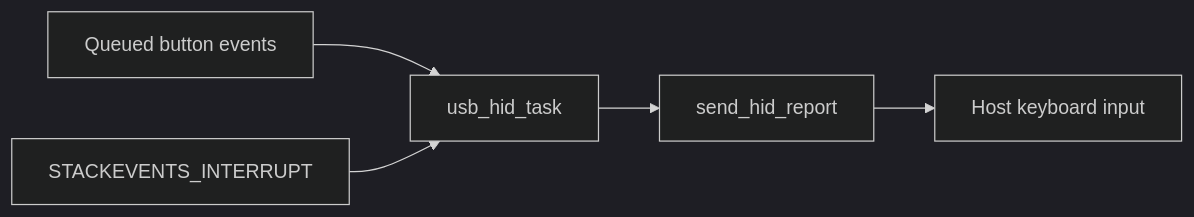
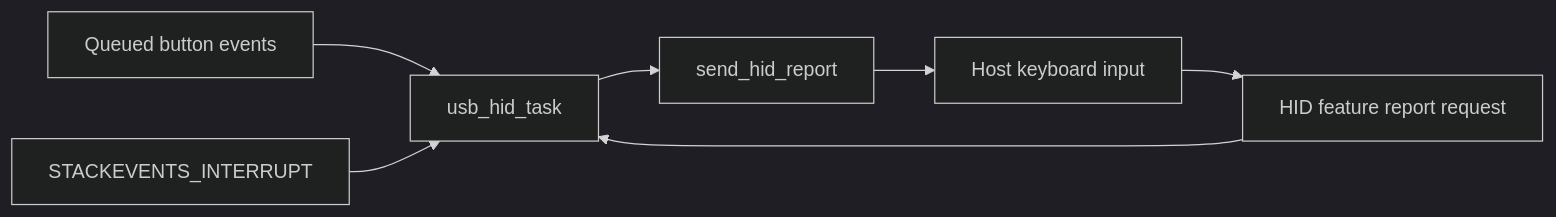
Before and after one commit to pirakansa/pico_LCD_IDE: the first of 3 diagrams in docs/reference/usb-hid.md, drawn with Mermaid (dark theme). The commit also changed other lines of this file and 6 other files, not shown here.

First line of the commit message:
feat(usb): expose selected menu id over HID

````diff
--- a/docs/reference/usb-hid.md
+++ b/docs/reference/usb-hid.md
@@ -7,7 +7,9 @@
 ```mermaid
 flowchart LR
 	Buttons[Queued button events] --> USB[usb_hid_task]
 	BOOTSEL[STACKEVENTS_INTERRUPT] --> USB
 	USB --> REPORT[send_hid_report]
 	REPORT --> HOST[Host keyboard input]
+	HOST --> FEATURE[HID feature report request]
+	FEATURE --> USB
 ```
````
